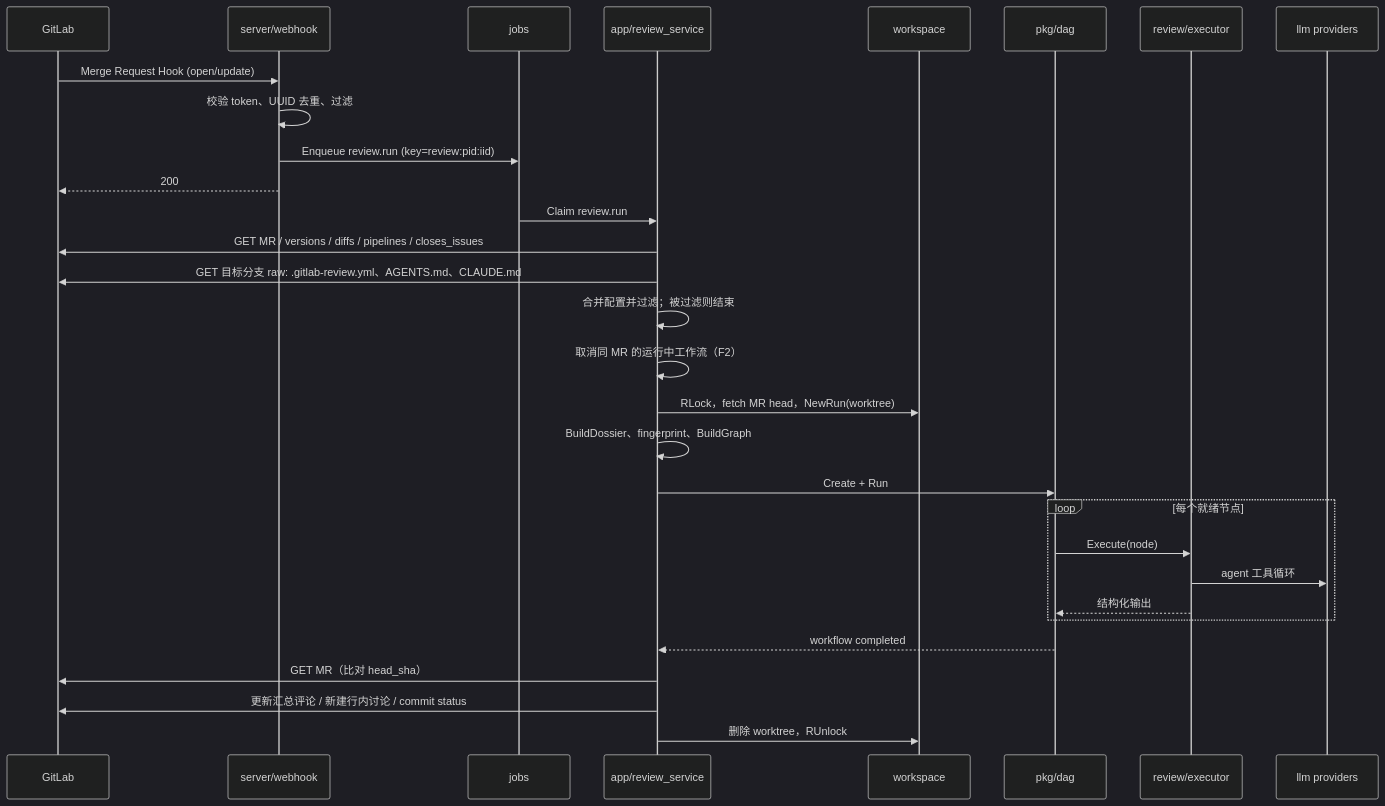
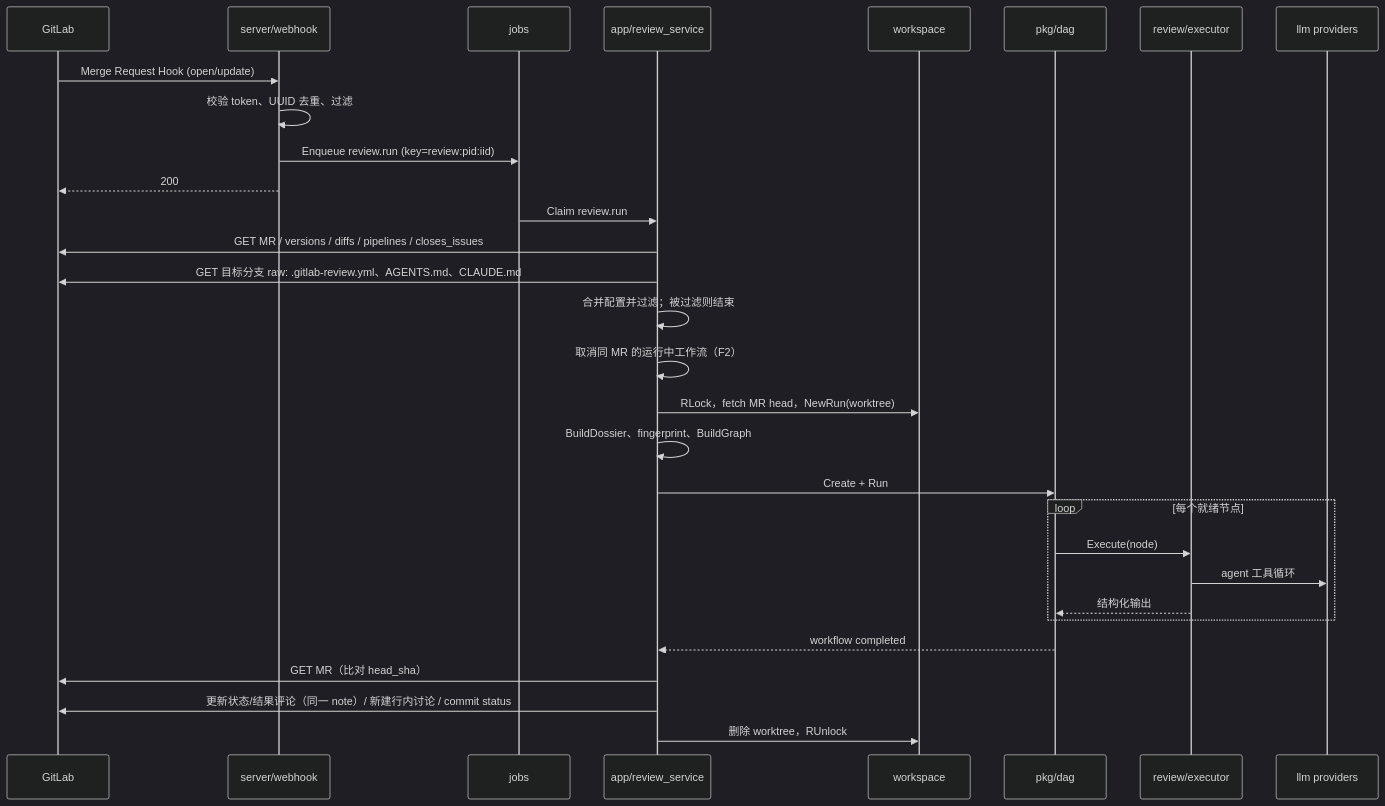
The diagram in docs/design/05-flows.md (LeXwDeX/Tribunal), drawn with Mermaid (dark theme) before and after one commit. The commit also changed other lines of this file and 52 other files, not shown here.

````diff
--- a/docs/design/05-flows.md
+++ b/docs/design/05-flows.md
@@ -9,33 +9,33 @@
 ```mermaid
 sequenceDiagram
   participant GL as GitLab
   participant WH as server/webhook
   participant Q as jobs
   participant RS as app/review_service
   participant WS as workspace
   participant D as pkg/dag
   participant EX as review/executor
   participant LLM as llm providers
 
   GL->>WH: Merge Request Hook (open/update)
   WH->>WH: 校验 token、UUID 去重、过滤
   WH->>Q: Enqueue review.run (key=review:pid:iid)
   WH-->>GL: 200
   Q->>RS: Claim review.run
   RS->>GL: GET MR / versions / diffs / pipelines / closes_issues
   RS->>GL: GET 目标分支 raw: .gitlab-review.yml、AGENTS.md、CLAUDE.md
   RS->>RS: 合并配置并过滤；被过滤则结束
   RS->>RS: 取消同 MR 的运行中工作流（F2）
   RS->>WS: RLock，fetch MR head，NewRun(worktree)
   RS->>RS: BuildDossier、fingerprint、BuildGraph
   RS->>D: Create + Run
   loop 每个就绪节点
     D->>EX: Execute(node)
     EX->>LLM: agent 工具循环
     EX-->>D: 结构化输出
   end
   D-->>RS: workflow completed
   RS->>GL: GET MR（比对 head_sha）
-  RS->>GL: 更新汇总评论 / 新建行内讨论 / commit status
+  RS->>GL: 更新状态/结果评论（同一 note）/ 新建行内讨论 / commit status
   RS->>WS: 删除 worktree，RUnlock
 ```
````
